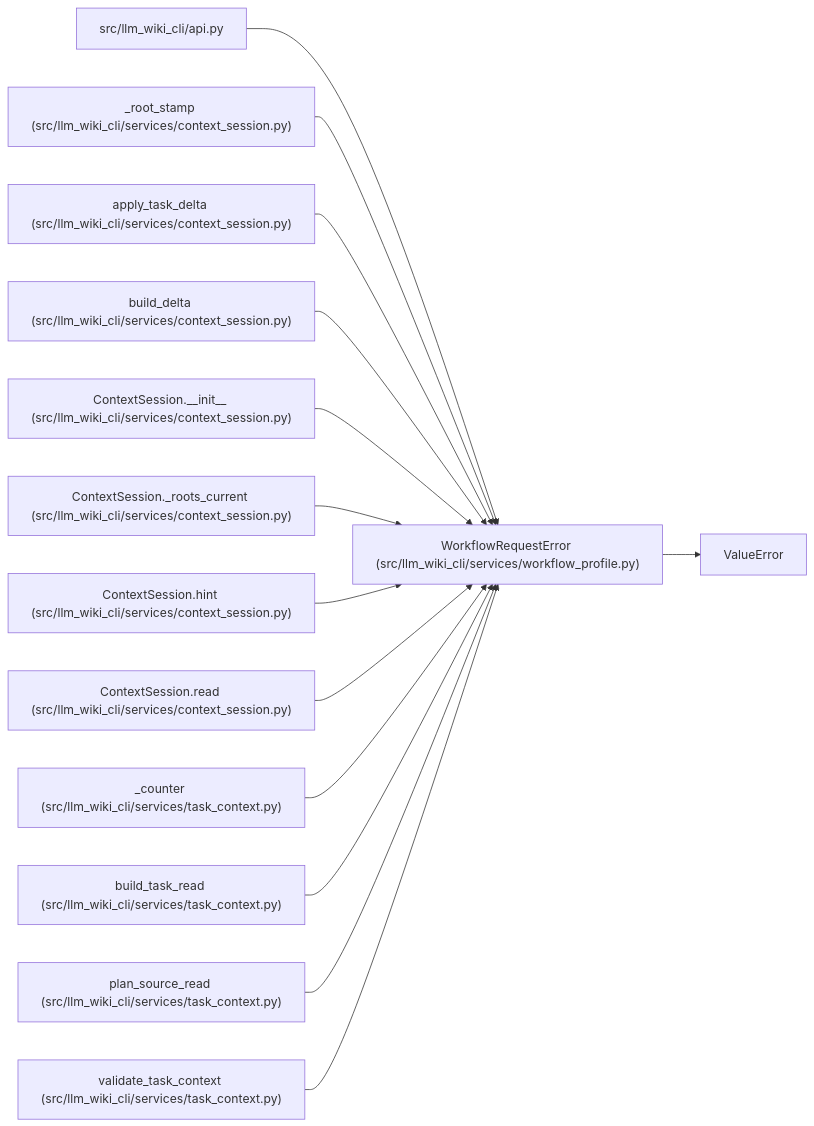
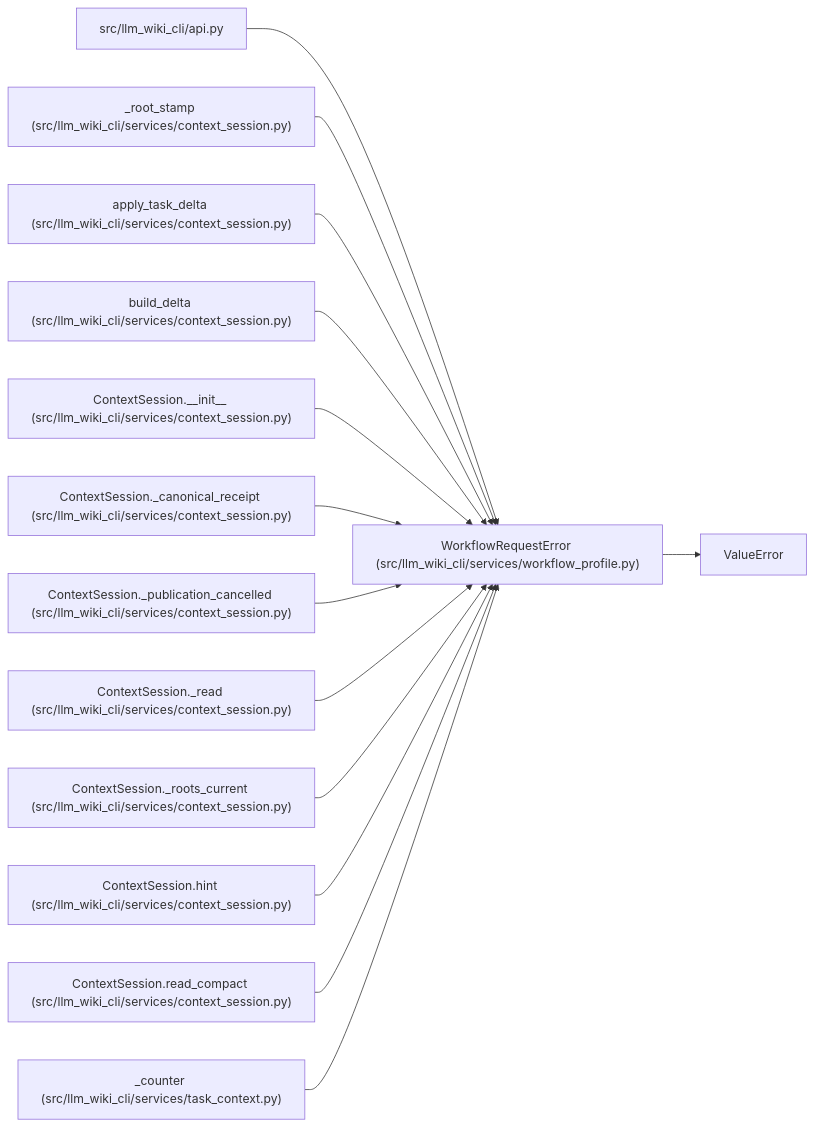
One commit to Denissvgn/python-wiki-llm changed the diagram in docs/llm_wiki/entities/WorkflowRequestError.md. Above: the diagram before and after it, drawn with Mermaid. The commit also changed other lines of this file and 1410 other files, not shown here.

First line of the commit message:
Add source-grounded task guides and re-anchor the maintained wiki

````diff
--- a/docs/llm_wiki/entities/WorkflowRequestError.md
+++ b/docs/llm_wiki/entities/WorkflowRequestError.md
@@ -25,43 +25,43 @@
 ```mermaid
 flowchart LR
     n0["WorkflowRequestError (src/llm_wiki_cli/services/workflow_profile.py)"]
     n1["ValueError"]
     n2["src/llm_wiki_cli/api.py"]
     n3["_root_stamp (src/llm_wiki_cli/services/context_session.py)"]
     n4["apply_task_delta (src/llm_wiki_cli/services/context_session.py)"]
     n5["build_delta (src/llm_wiki_cli/services/context_session.py)"]
     n6["ContextSession.__init__ (src/llm_wiki_cli/services/context_session.py)"]
-    n7["ContextSession._roots_current (src/llm_wiki_cli/services/context_session.py)"]
-    n8["ContextSession.hint (src/llm_wiki_cli/services/context_session.py)"]
-    n9["ContextSession.read (src/llm_wiki_cli/services/context_session.py)"]
-    n10["_counter (src/llm_wiki_cli/services/task_context.py)"]
-    n11["build_task_read (src/llm_wiki_cli/services/task_context.py)"]
-    n12["plan_source_read (src/llm_wiki_cli/services/task_context.py)"]
-    n13["validate_task_context (src/llm_wiki_cli/services/task_context.py)"]
+    n7["ContextSession._canonical_receipt (src/llm_wiki_cli/services/context_session.py)"]
+    n8["ContextSession._publication_cancelled (src/llm_wiki_cli/services/context_session.py)"]
+    n9["ContextSession._read (src/llm_wiki_cli/services/context_session.py)"]
+    n10["ContextSession._roots_current (src/llm_wiki_cli/services/context_session.py)"]
+    n11["ContextSession.hint (src/llm_wiki_cli/services/context_session.py)"]
+    n12["ContextSession.read_compact (src/llm_wiki_cli/services/context_session.py)"]
+    n13["_counter (src/llm_wiki_cli/services/task_context.py)"]
     n0 --> n1
     n2 --> n0
     n3 --> n0
     n4 --> n0
     n5 --> n0
     n6 --> n0
     n7 --> n0
     n8 --> n0
     n9 --> n0
     n10 --> n0
     n11 --> n0
     n12 --> n0
     n13 --> n0
     click n0 "../modules/workflow_profile.md"
     click n2 "../modules/api.md"
     click n3 "../modules/context_session.md"
     click n4 "../modules/context_session.md"
     click n5 "../modules/context_session.md"
     click n6 "../modules/context_session.md"
     click n7 "../modules/context_session.md"
     click n8 "../modules/context_session.md"
     click n9 "../modules/context_session.md"
-    click n10 "../modules/task_context.md"
-    click n11 "../modules/task_context.md"
-    click n12 "../modules/task_context.md"
+    click n10 "../modules/context_session.md"
+    click n11 "../modules/context_session.md"
+    click n12 "../modules/context_session.md"
     click n13 "../modules/task_context.md"
 ```
````
